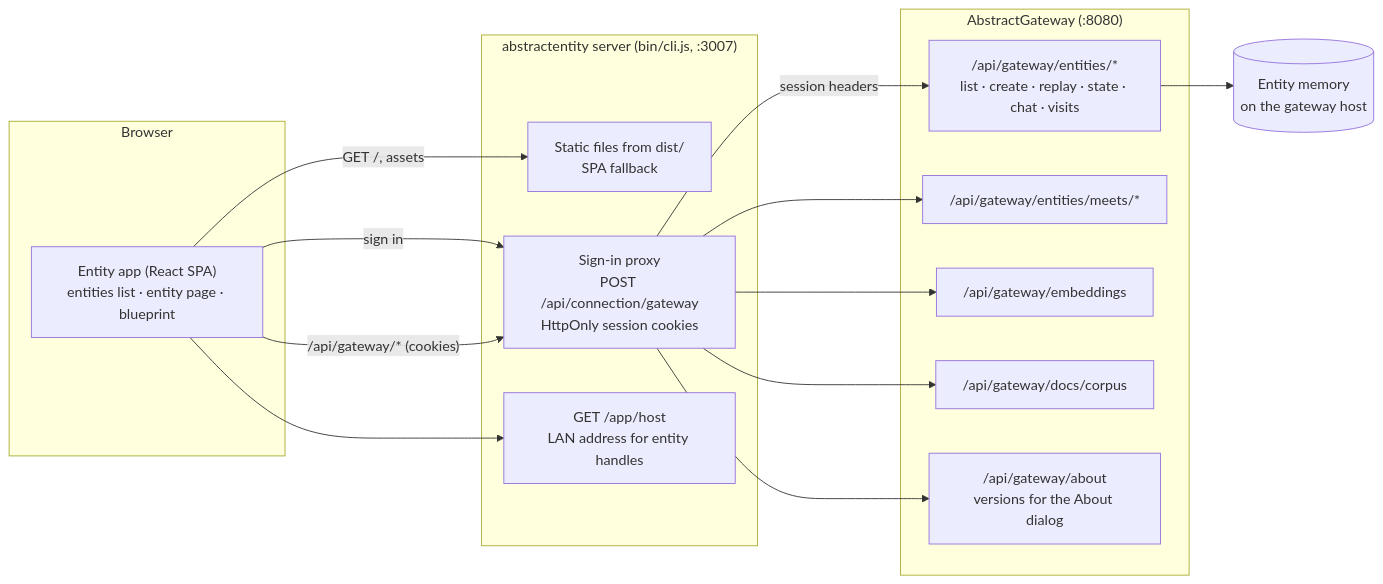
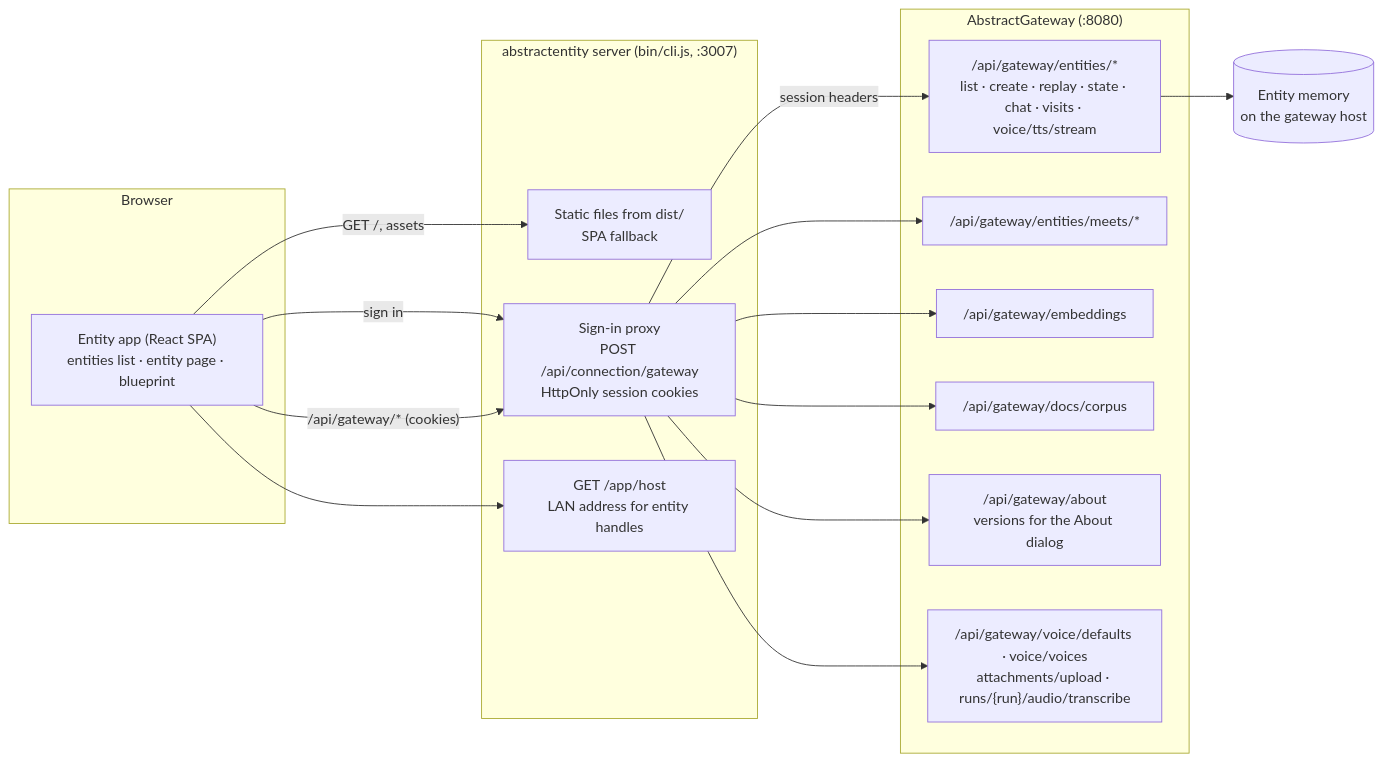
Before and after one commit to lpalbou/AbstractEntity: the first of 4 diagrams in docs/architecture.md, drawn with Mermaid. The commit also changed 8 other files, not shown here.

````diff
--- a/docs/architecture.md
+++ b/docs/architecture.md
@@ -15,30 +15,32 @@
 ```mermaid
 flowchart LR
   subgraph Browser
     SPA["Entity app (React SPA)<br/>entities list · entity page · blueprint"]
   end
   subgraph Server["abstractentity server (bin/cli.js, :3007)"]
     Static["Static files from dist/<br/>SPA fallback"]
     Proxy["Sign-in proxy<br/>POST /api/connection/gateway<br/>HttpOnly session cookies"]
     Host["GET /app/host<br/>LAN address for entity handles"]
   end
   subgraph Gateway["AbstractGateway (:8080)"]
-    Entities["/api/gateway/entities/*<br/>list · create · replay · state · chat · visits"]
+    Entities["/api/gateway/entities/*<br/>list · create · replay · state · chat · visits · voice/tts/stream"]
     Meets["/api/gateway/entities/meets/*"]
     Embed["/api/gateway/embeddings"]
     Docs["/api/gateway/docs/corpus"]
     About["/api/gateway/about<br/>versions for the About dialog"]
+    Voice["/api/gateway/voice/defaults · voice/voices<br/>attachments/upload · runs/{run}/audio/transcribe"]
   end
   Memory[("Entity memory<br/>on the gateway host")]
 
   SPA -- "GET /, assets" --> Static
   SPA -- "sign in" --> Proxy
   SPA -- "/api/gateway/* (cookies)" --> Proxy
   SPA --> Host
   Proxy -- "session headers" --> Entities
   Proxy --> Meets
   Proxy --> Embed
   Proxy --> Docs
   Proxy --> About
+  Proxy --> Voice
   Entities --> Memory
 ```
````
